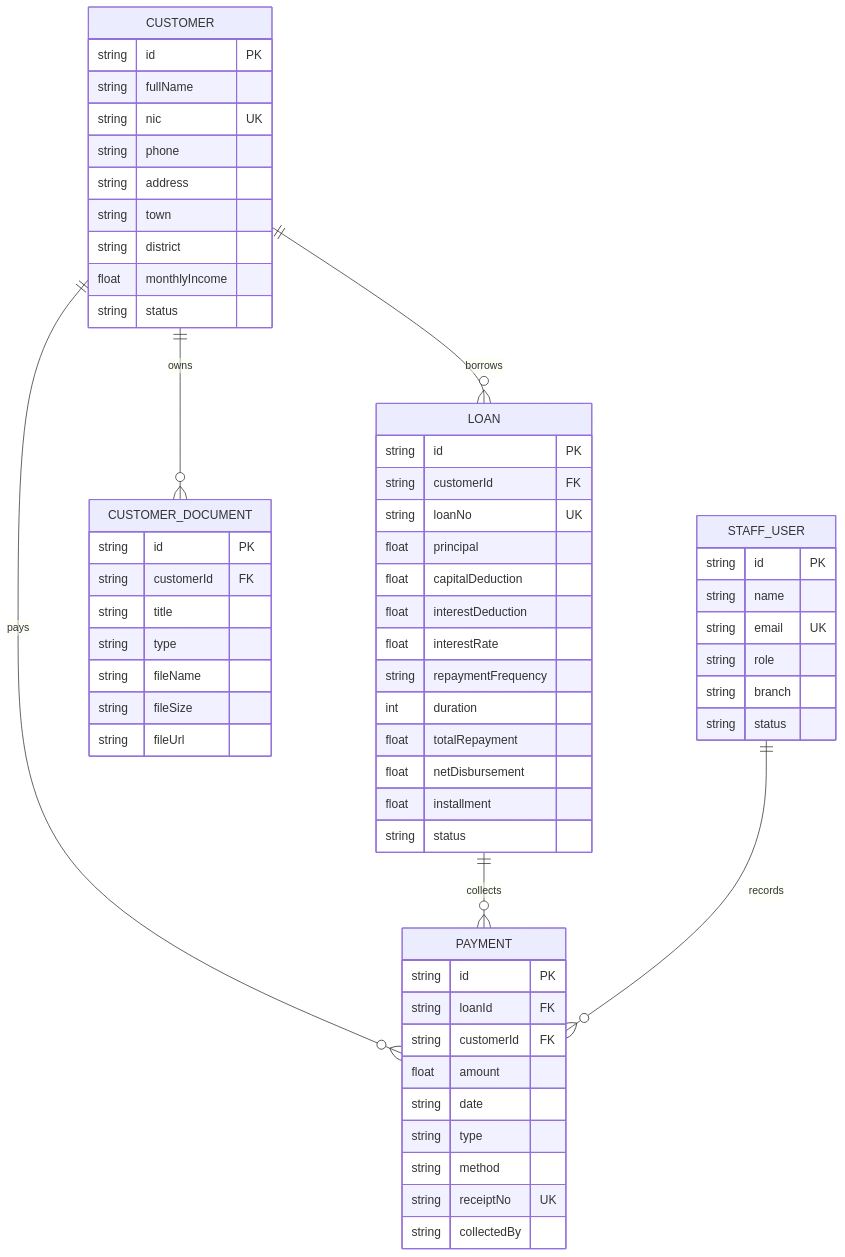
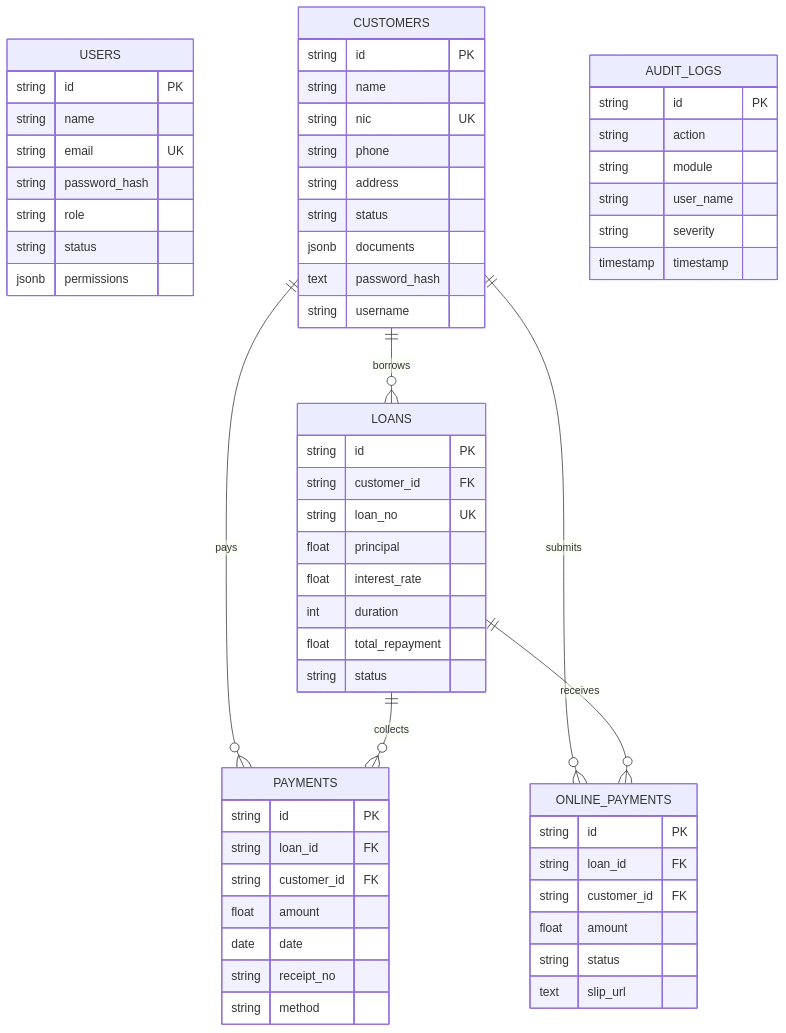
One commit to Perfect-Solution-International/Loan-management-system changed the third of 4 diagrams in README.md. Above: the diagram before and after it, drawn with Mermaid. The commit also changed other lines of this file, not shown here.

````diff
--- a/README.md
+++ b/README.md
@@ -425,67 +321,64 @@
 ```mermaid
 erDiagram
-    CUSTOMER ||--o{ LOAN : borrows
-    CUSTOMER ||--o{ CUSTOMER_DOCUMENT : owns
-    CUSTOMER ||--o{ PAYMENT : pays
-    LOAN ||--o{ PAYMENT : collects
-    STAFF_USER ||--o{ PAYMENT : records
-
-    CUSTOMER {
+    USERS {
         string id PK
-        string fullName
+        string name
+        string email UK
+        string password_hash
+        string role
+        string status
+        jsonb permissions
+    }
+    CUSTOMERS {
+        string id PK
+        string name
         string nic UK
         string phone
         string address
-        string town
-        string district
-        float monthlyIncome
+        string status
+        jsonb documents
+        text password_hash
+        string username
+    }
+    LOANS {
+        string id PK
+        string customer_id FK
+        string loan_no UK
+        float principal
+        float interest_rate
+        int duration
+        float total_repayment
         string status
     }
-
-    LOAN {
+    PAYMENTS {
         string id PK
-        string customerId FK
-        string loanNo UK
-        float principal
-        float capitalDeduction
-        float interestDeduction
-        float interestRate
-        string repaymentFrequency
-        int duration
-        float totalRepayment
-        float netDisbursement
-        float installment
+        string loan_id FK
+        string customer_id FK
+        float amount
+        date date
+        string receipt_no
+        string method
+    }
+    ONLINE_PAYMENTS {
+        string id PK
+        string loan_id FK
+        string customer_id FK
+        float amount
         string status
+        text slip_url
+    }
+    AUDIT_LOGS {
+        string id PK
+        string action
+        string module
+        string user_name
+        string severity
+        timestamp timestamp
     }
 
-    PAYMENT {
-        string id PK
-        string loanId FK
-        string customerId FK
-        float amount
-        string date
-        string type
-        string method
-        string receiptNo UK
-        string collectedBy
-    }
-
-    CUSTOMER_DOCUMENT {
-        string id PK
-        string customerId FK
-        string title
-        string type
-        string fileName
-        string fileSize
-        string fileUrl
-    }
-
-    STAFF_USER {
-        string id PK
-        string name
-        string email UK
-        string role
-        string branch
-        string status
-    }
+    CUSTOMERS ||--o{ LOANS : borrows
+    CUSTOMERS ||--o{ PAYMENTS : pays
+    CUSTOMERS ||--o{ ONLINE_PAYMENTS : submits
+    LOANS ||--o{ PAYMENTS : collects
+    LOANS ||--o{ ONLINE_PAYMENTS : receives
 ```
````
